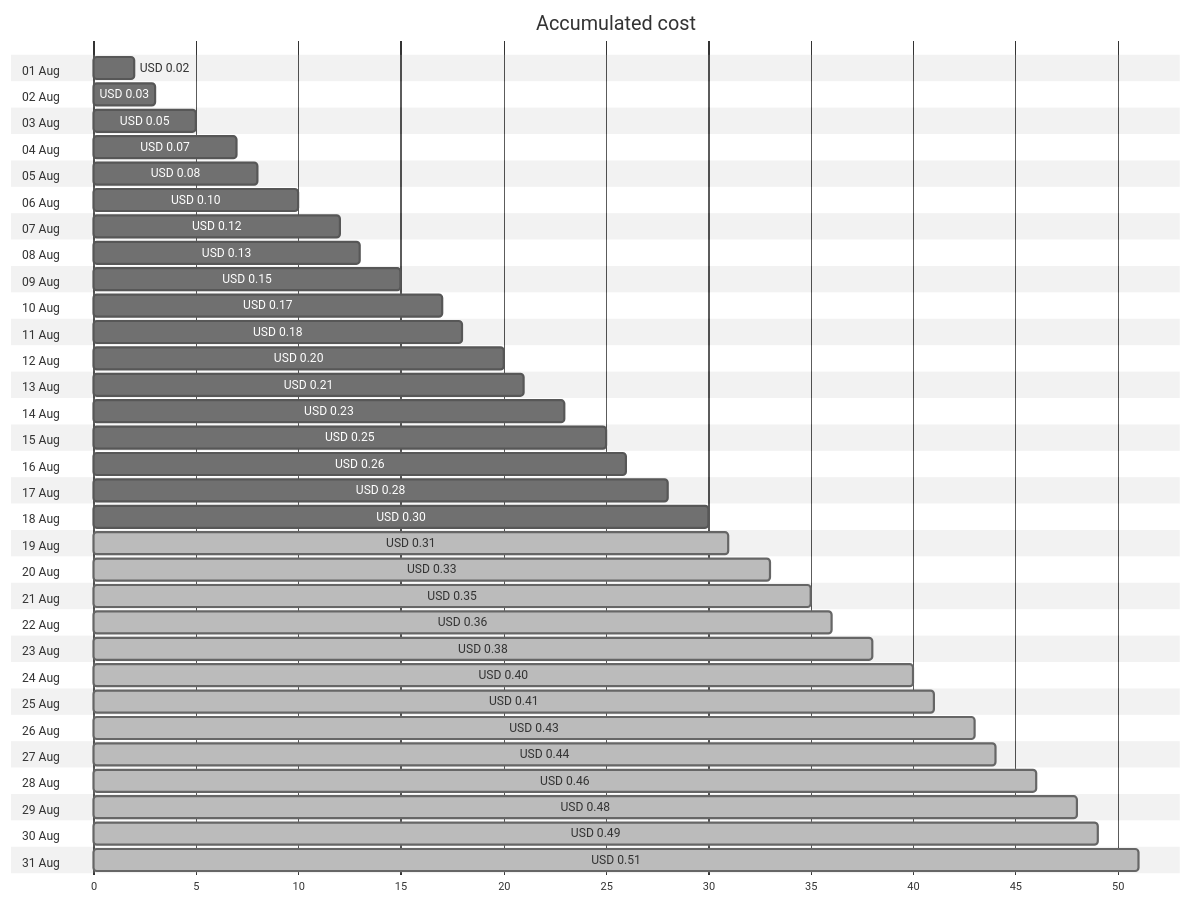
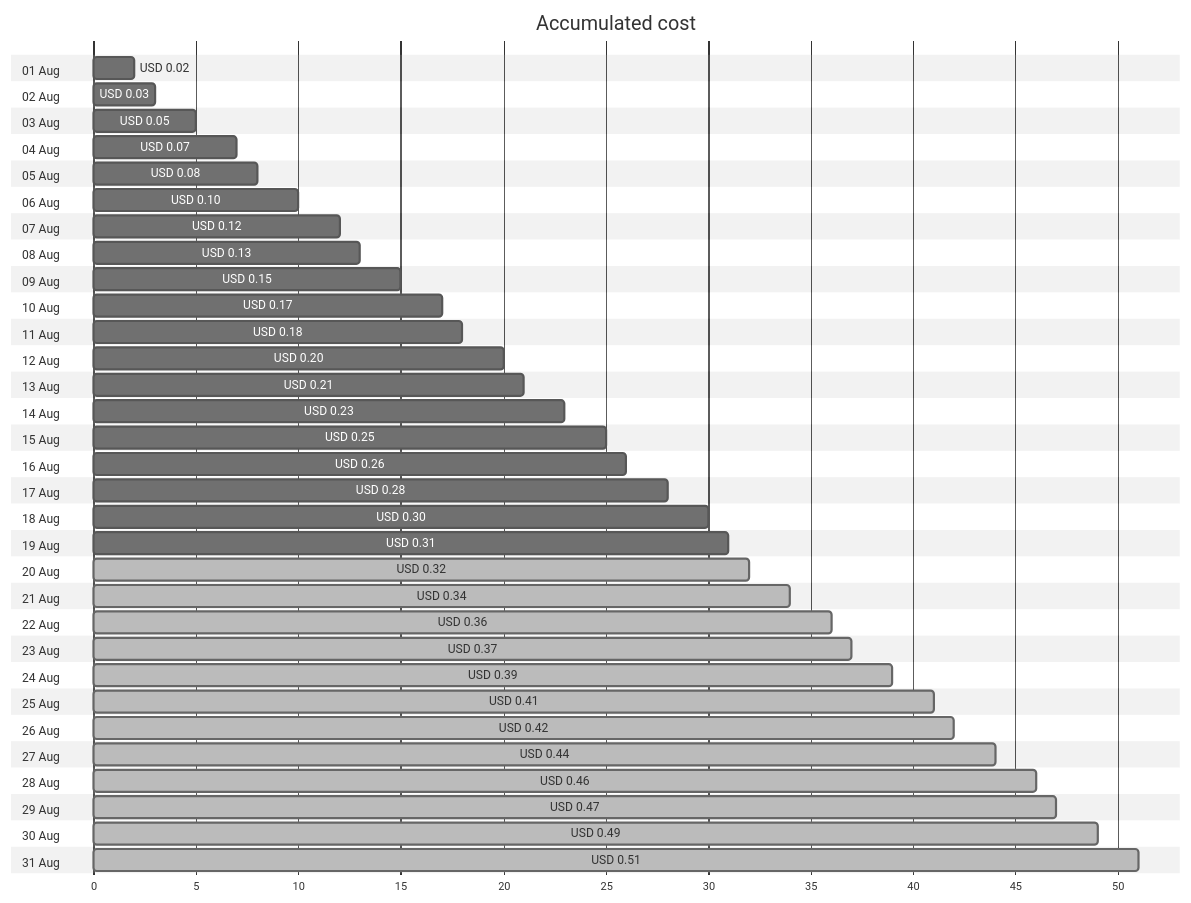
Before and after one commit to jpfulton/azure-personal-reports: the first of 4 diagrams in cost-reports/personal-dns/jpatrickfulton.dev.md, drawn with Mermaid (neutral theme). The commit also changed other lines of this file and 2 other files, not shown here.

````diff
--- a/cost-reports/personal-dns/jpatrickfulton.dev.md
+++ b/cost-reports/personal-dns/jpatrickfulton.dev.md
@@ -20,68 +20,68 @@
 ```mermaid
 gantt
    title Accumulated cost
    dateFormat  X
    axisFormat %s
    section 01 Aug
    USD 0.02 :0, 2
    section 02 Aug
    USD 0.03 :0, 3
    section 03 Aug
    USD 0.05 :0, 5
    section 04 Aug
    USD 0.07 :0, 7
    section 05 Aug
    USD 0.08 :0, 8
    section 06 Aug
    USD 0.10 :0, 10
    section 07 Aug
    USD 0.12 :0, 12
    section 08 Aug
    USD 0.13 :0, 13
    section 09 Aug
    USD 0.15 :0, 15
    section 10 Aug
    USD 0.17 :0, 17
    section 11 Aug
    USD 0.18 :0, 18
    section 12 Aug
    USD 0.20 :0, 20
    section 13 Aug
    USD 0.21 :0, 21
    section 14 Aug
    USD 0.23 :0, 23
    section 15 Aug
    USD 0.25 :0, 25
    section 16 Aug
    USD 0.26 :0, 26
    section 17 Aug
    USD 0.28 :0, 28
    section 18 Aug
    USD 0.30 :0, 30
    section 19 Aug
-   USD 0.31 : done, 0, 31
+   USD 0.31 :0, 31
    section 20 Aug
-   USD 0.33 : done, 0, 33
+   USD 0.32 : done, 0, 32
    section 21 Aug
-   USD 0.35 : done, 0, 35
+   USD 0.34 : done, 0, 34
    section 22 Aug
    USD 0.36 : done, 0, 36
    section 23 Aug
-   USD 0.38 : done, 0, 38
+   USD 0.37 : done, 0, 37
    section 24 Aug
-   USD 0.40 : done, 0, 40
+   USD 0.39 : done, 0, 39
    section 25 Aug
    USD 0.41 : done, 0, 41
    section 26 Aug
-   USD 0.43 : done, 0, 43
+   USD 0.42 : done, 0, 42
    section 27 Aug
    USD 0.44 : done, 0, 44
    section 28 Aug
    USD 0.46 : done, 0, 46
    section 29 Aug
-   USD 0.48 : done, 0, 48
+   USD 0.47 : done, 0, 47
    section 30 Aug
    USD 0.49 : done, 0, 49
    section 31 Aug
    USD 0.51 : done, 0, 51
 ```
````
